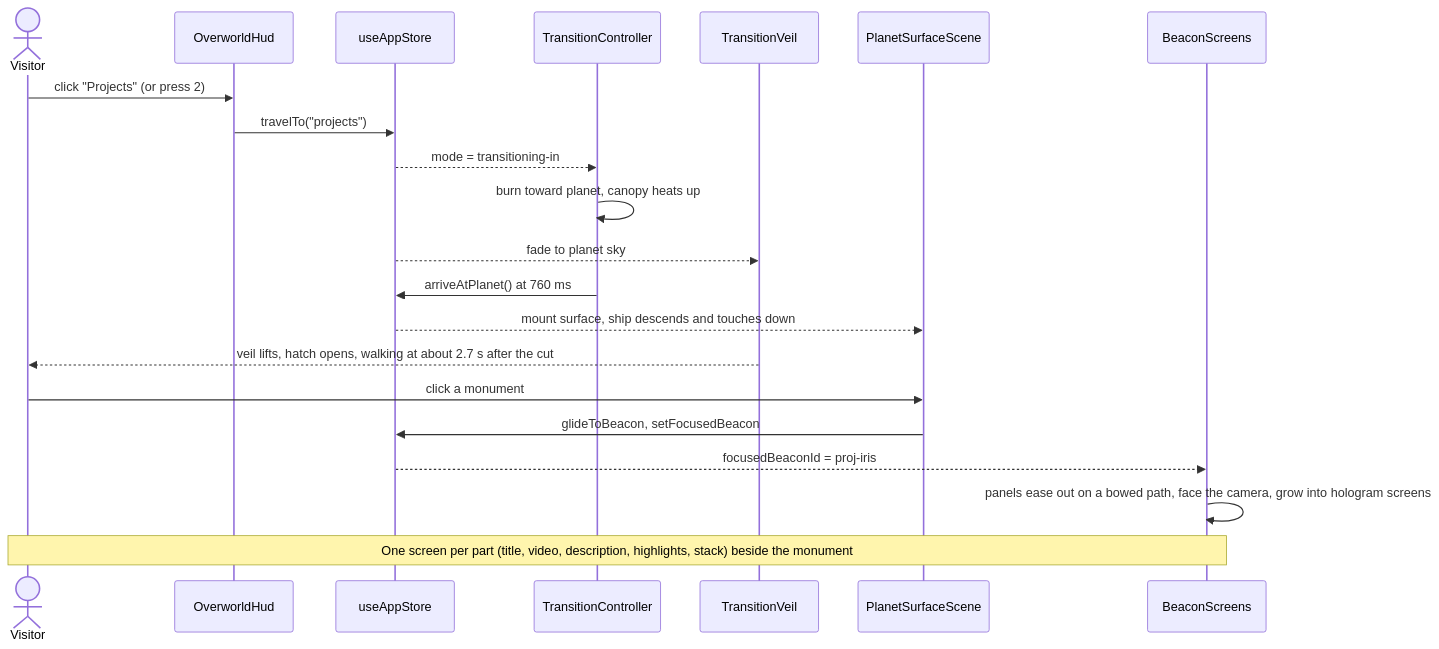
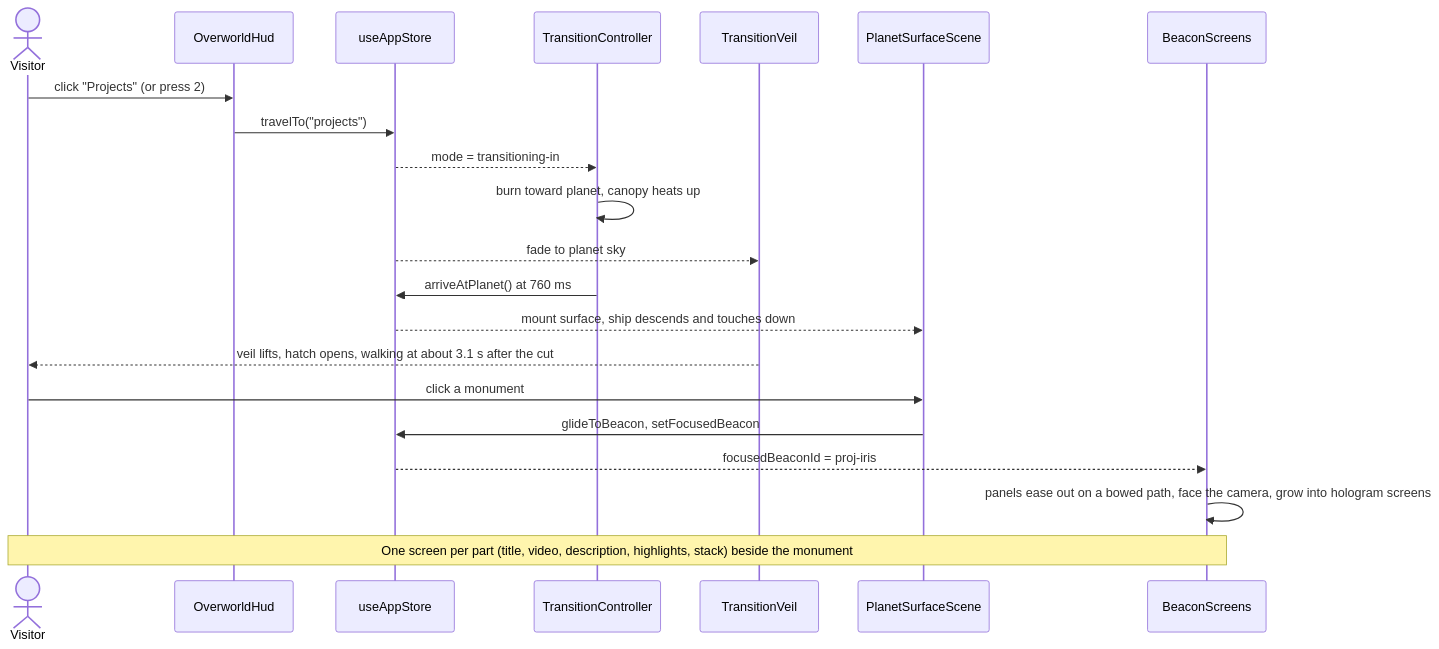
The second of 2 diagrams in README.md (teddycitrus/portfolio), drawn with Mermaid before and after one commit. The commit also changed other lines of this file and 8 other files, not shown here.

````diff
--- a/README.md
+++ b/README.md
@@ -74,23 +74,23 @@
 ```mermaid
 sequenceDiagram
   actor V as Visitor
   participant H as OverworldHud
   participant S as useAppStore
   participant T as TransitionController
   participant W as TransitionVeil
   participant P as PlanetSurfaceScene
   participant B as BeaconScreens
   V->>H: click "Projects" (or press 2)
   H->>S: travelTo("projects")
   S-->>T: mode = transitioning-in
   T->>T: burn toward planet, canopy heats up
   S-->>W: fade to planet sky
   T->>S: arriveAtPlanet() at 760 ms
   S-->>P: mount surface, ship descends and touches down
-  W-->>V: veil lifts, hatch opens, walking at about 2.7 s after the cut
+  W-->>V: veil lifts, hatch opens, walking at about 3.1 s after the cut
   V->>P: click a monument
   P->>S: glideToBeacon, setFocusedBeacon
   S-->>B: focusedBeaconId = proj-iris
   B->>B: panels ease out on a bowed path, face the camera, grow into hologram screens
   Note over V,B: One screen per part (title, video, description, highlights, stack) beside the monument
 ```
````
